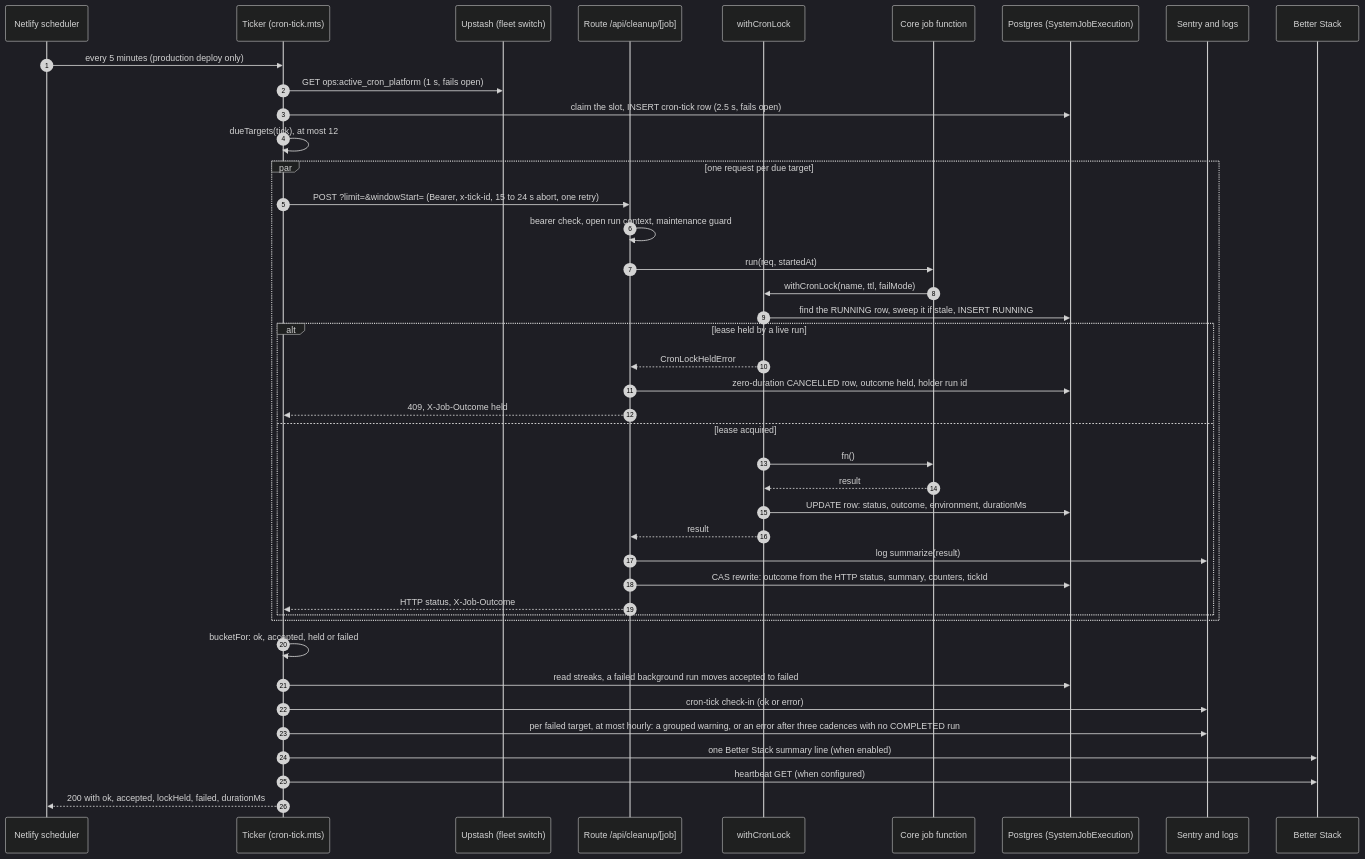
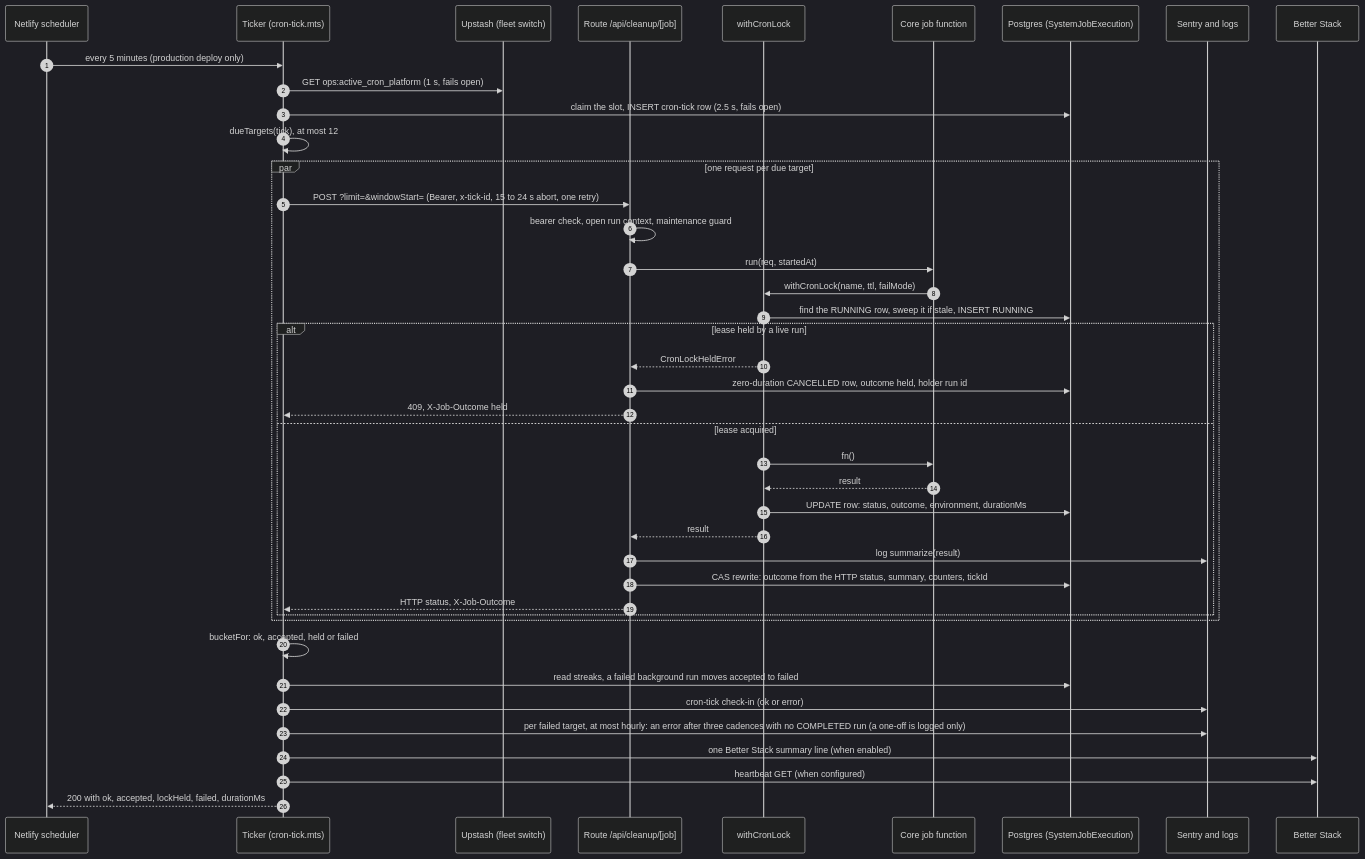
One commit to Practitionist/familiarise_web changed the diagram in docs/maintenance/11-job-machinery-catalog.md. Above: the diagram before and after it, drawn with Mermaid (dark theme). The commit also changed other lines of this file and 45 other files, not shown here.

First line of the commit message:
fix(observability): Sentry escalations only — one-offs to logs, config skips and findings to the console, canary off the error quota (#2466)

````diff
--- a/docs/maintenance/11-job-machinery-catalog.md
+++ b/docs/maintenance/11-job-machinery-catalog.md
@@ -39,45 +39,45 @@
 ```mermaid
 sequenceDiagram
     autonumber
     participant N as Netlify scheduler
     participant T as Ticker (cron-tick.mts)
     participant U as Upstash (fleet switch)
     participant R as Route /api/cleanup/[job]
     participant L as withCronLock
     participant J as Core job function
     participant P as Postgres (SystemJobExecution)
     participant S as Sentry and logs
     participant B as Better Stack
 
     N->>T: every 5 minutes (production deploy only)
     T->>U: GET ops:active_cron_platform (1 s, fails open)
     T->>P: claim the slot, INSERT cron-tick row (2.5 s, fails open)
     T->>T: dueTargets(tick), at most 12
     par one request per due target
         T->>R: POST ?limit=&windowStart= (Bearer, x-tick-id, 15 to 24 s abort, one retry)
         R->>R: bearer check, open run context, maintenance guard
         R->>J: run(req, startedAt)
         J->>L: withCronLock(name, ttl, failMode)
         L->>P: find the RUNNING row, sweep it if stale, INSERT RUNNING
         alt lease held by a live run
             L-->>R: CronLockHeldError
             R->>P: zero-duration CANCELLED row, outcome held, holder run id
             R-->>T: 409, X-Job-Outcome held
         else lease acquired
             L->>J: fn()
             J-->>L: result
             L->>P: UPDATE row: status, outcome, environment, durationMs
             L-->>R: result
             R->>S: log summarize(result)
             R->>P: CAS rewrite: outcome from the HTTP status, summary, counters, tickId
             R-->>T: HTTP status, X-Job-Outcome
         end
     end
     T->>T: bucketFor: ok, accepted, held or failed
     T->>P: read streaks, a failed background run moves accepted to failed
     T->>S: cron-tick check-in (ok or error)
-    T->>S: per failed target, at most hourly: a grouped warning, or an error after three cadences with no COMPLETED run
+    T->>S: per failed target, at most hourly: an error after three cadences with no COMPLETED run (a one-off is logged only)
     T->>B: one Better Stack summary line (when enabled)
     T->>B: heartbeat GET (when configured)
     T-->>N: 200 with ok, accepted, lockHeld, failed, durationMs
 ```
````
